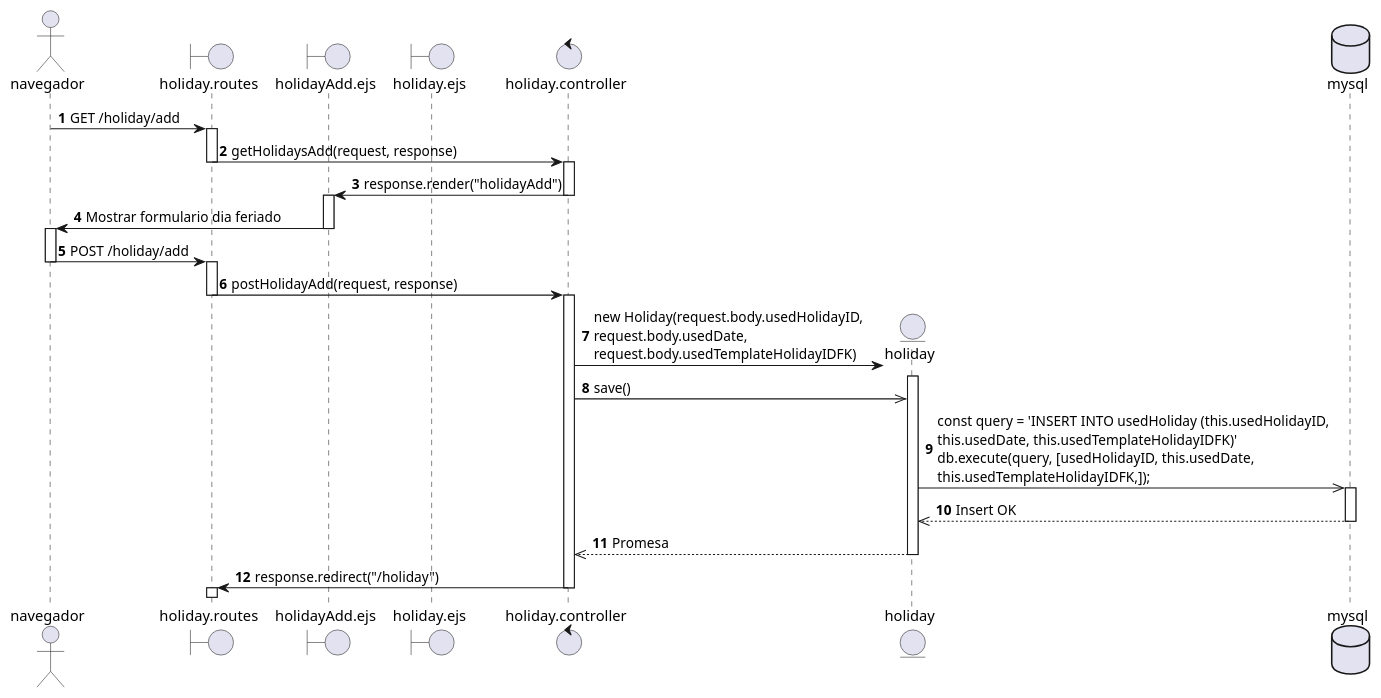
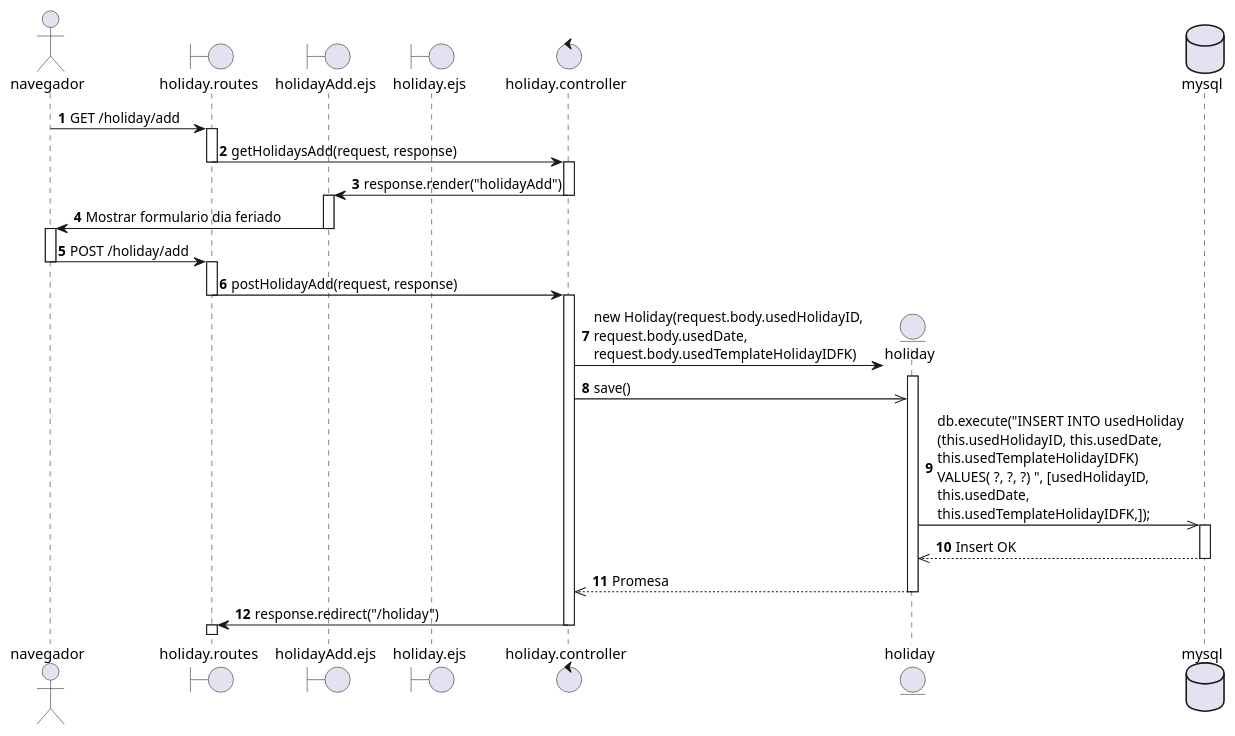
One commit to EdCanCe/WorkCells changed the diagram in diagrams/Casos de Uso/CU Emilio/DS/CU36.puml. Above: the diagram before and after it, drawn with PlantUML. The commit also changed 1 other file, not shown here.

Commit message:
Correccion de diagrama CU36

```diff
--- a/diagrams/Casos de Uso/CU Emilio/DS/CU36.puml
+++ b/diagrams/Casos de Uso/CU Emilio/DS/CU36.puml
@@ -1,51 +1,51 @@
 @startuml CU36 - Superadmin Registra dia feriado
 actor navegador
 boundary holiday.routes
 boundary holidayAdd.ejs
 boundary holiday.ejs
 control holiday.controller
 entity holiday
 database mysql
 
 autonumber
 navegador -> holiday.routes : GET /holiday/add
 activate holiday.routes
 
 holiday.routes -> holiday.controller: getHolidaysAdd(request, response)
 deactivate holiday.routes
 activate holiday.controller
 
 holiday.controller -> holidayAdd.ejs: response.render("holidayAdd")
 deactivate holiday.controller
 activate holidayAdd.ejs
 
 holidayAdd.ejs -> navegador : Mostrar formulario dia feriado
 deactivate holidayAdd.ejs
 activate navegador
 
 navegador -> holiday.routes : POST /holiday/add
 deactivate navegador
 activate holiday.routes
 
 holiday.routes -> holiday.controller : postHolidayAdd(request, response)
 deactivate holiday.routes
 activate holiday.controller
 create holiday
 holiday.controller -> holiday : new Holiday(request.body.usedHolidayID, \nrequest.body.usedDate, \nrequest.body.usedTemplateHolidayIDFK)
 activate holiday
 
 holiday.controller ->> holiday : save()
 
-holiday ->> mysql : const query = 'INSERT INTO usedHoliday (this.usedHolidayID, \nthis.usedDate, this.usedTemplateHolidayIDFK)' \ndb.execute(query, [usedHolidayID, this.usedDate, \nthis.usedTemplateHolidayIDFK,]);
+holiday ->> mysql : db.execute("INSERT INTO usedHoliday \n(this.usedHolidayID, this.usedDate, \nthis.usedTemplateHolidayIDFK) \nVALUES( ?, ?, ?) ", [usedHolidayID, \nthis.usedDate, \nthis.usedTemplateHolidayIDFK,]);
 activate mysql
 mysql -->> holiday : Insert OK
 deactivate mysql
 holiday -->> holiday.controller : Promesa
 deactivate holiday
 
 holiday.controller -> holiday.routes : response.redirect("/holiday")
 deactivate holiday.controller
 activate holiday.routes
 deactivate holiday.routes
 
 @enduml
```
